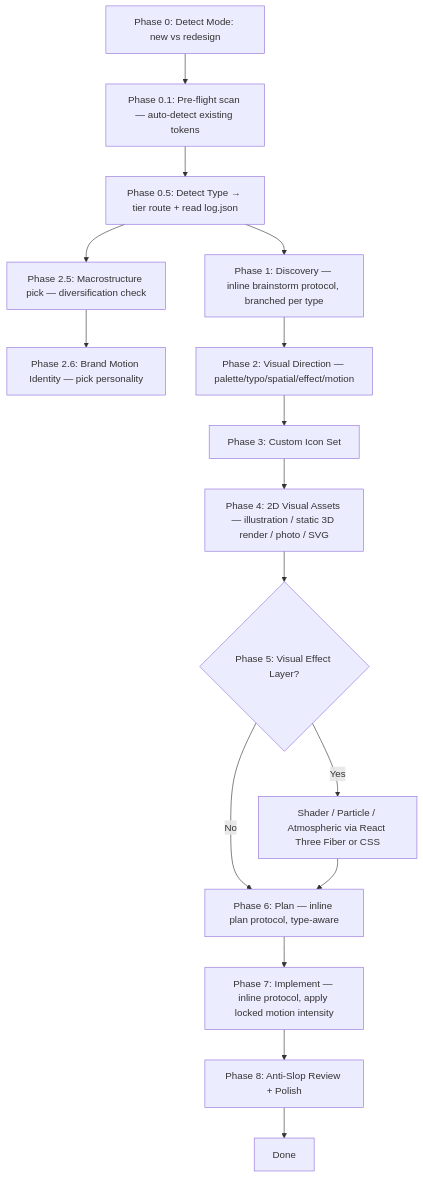
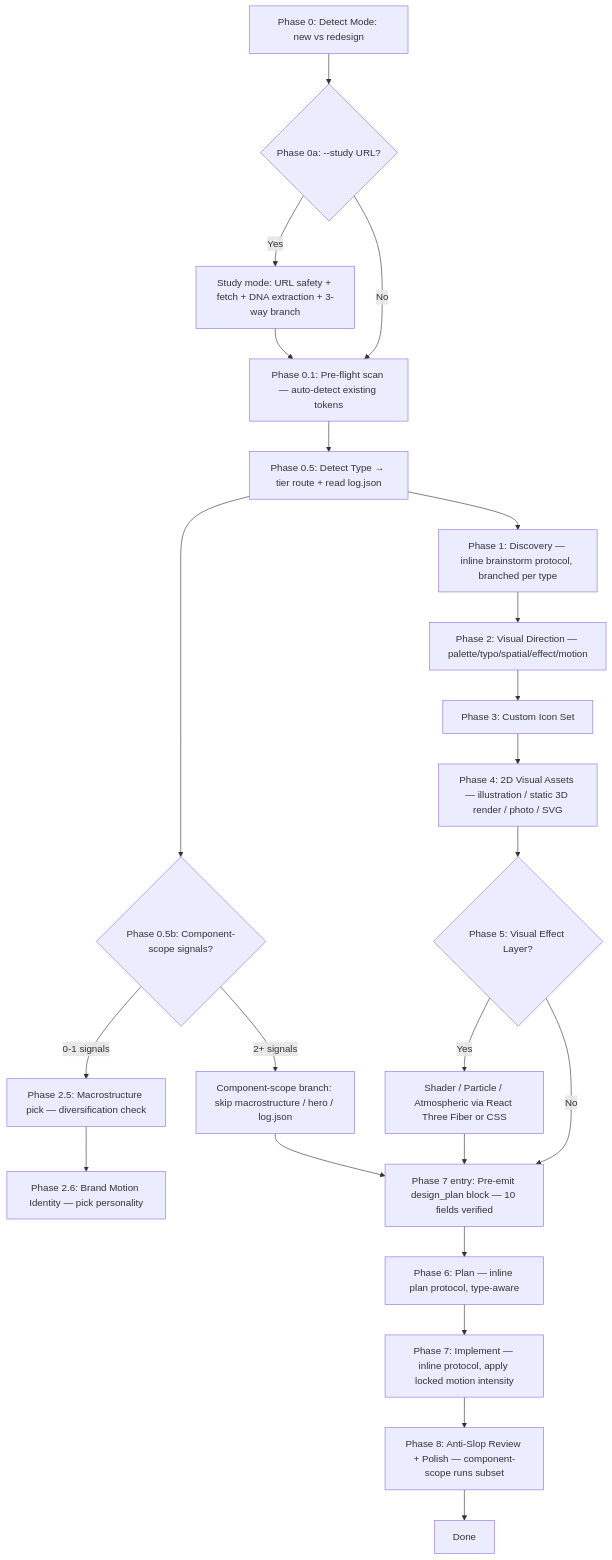
Before and after one commit to dris1153/perfect-ui: the diagram in SKILL.md, drawn with Mermaid. The commit also changed other lines of this file and 16 other files, not shown here.

First line of the commit message:
feat: perfect-ui v2.5.0 — New Modes (Tier 3) — FINAL roadmap cycle

````diff
--- a/SKILL.md
+++ b/SKILL.md
@@ -64,18 +65,25 @@
 ```mermaid
 flowchart TD
-    M[Phase 0: Detect Mode: new vs redesign] --> P[Phase 0.1: Pre-flight scan — auto-detect existing tokens]
+    M[Phase 0: Detect Mode: new vs redesign] --> SM{Phase 0a: --study URL?}
+    SM -->|Yes| ST[Study mode: URL safety + fetch + DNA extraction + 3-way branch]
+    SM -->|No| P[Phase 0.1: Pre-flight scan — auto-detect existing tokens]
+    ST --> P
     P --> T[Phase 0.5: Detect Type → tier route + read log.json]
-    T --> MC[Phase 2.5: Macrostructure pick — diversification check]
+    T --> CS{Phase 0.5b: Component-scope signals?}
+    CS -->|2+ signals| CB[Component-scope branch: skip macrostructure / hero / log.json]
+    CS -->|0-1 signals| MC[Phase 2.5: Macrostructure pick — diversification check]
     MC --> BM[Phase 2.6: Brand Motion Identity — pick personality]
     T --> B[Phase 1: Discovery — inline brainstorm protocol, branched per type]
     B --> C[Phase 2: Visual Direction — palette/typo/spatial/effect/motion]
     C --> D[Phase 3: Custom Icon Set]
     D --> E[Phase 4: 2D Visual Assets — illustration / static 3D render / photo / SVG]
     E --> F{Phase 5: Visual Effect Layer?}
     F -->|Yes| G[Shader / Particle / Atmospheric via React Three Fiber or CSS]
-    F -->|No| H[Phase 6: Plan — inline plan protocol, type-aware]
-    G --> H
+    F -->|No| PE[Phase 7 entry: Pre-emit design_plan block — 10 fields verified]
+    G --> PE
+    CB --> PE
+    PE --> H[Phase 6: Plan — inline plan protocol, type-aware]
     H --> I[Phase 7: Implement — inline protocol, apply locked motion intensity]
-    I --> J[Phase 8: Anti-Slop Review + Polish]
+    I --> J[Phase 8: Anti-Slop Review + Polish — component-scope runs subset]
     J --> K[Done]
 ```
````
